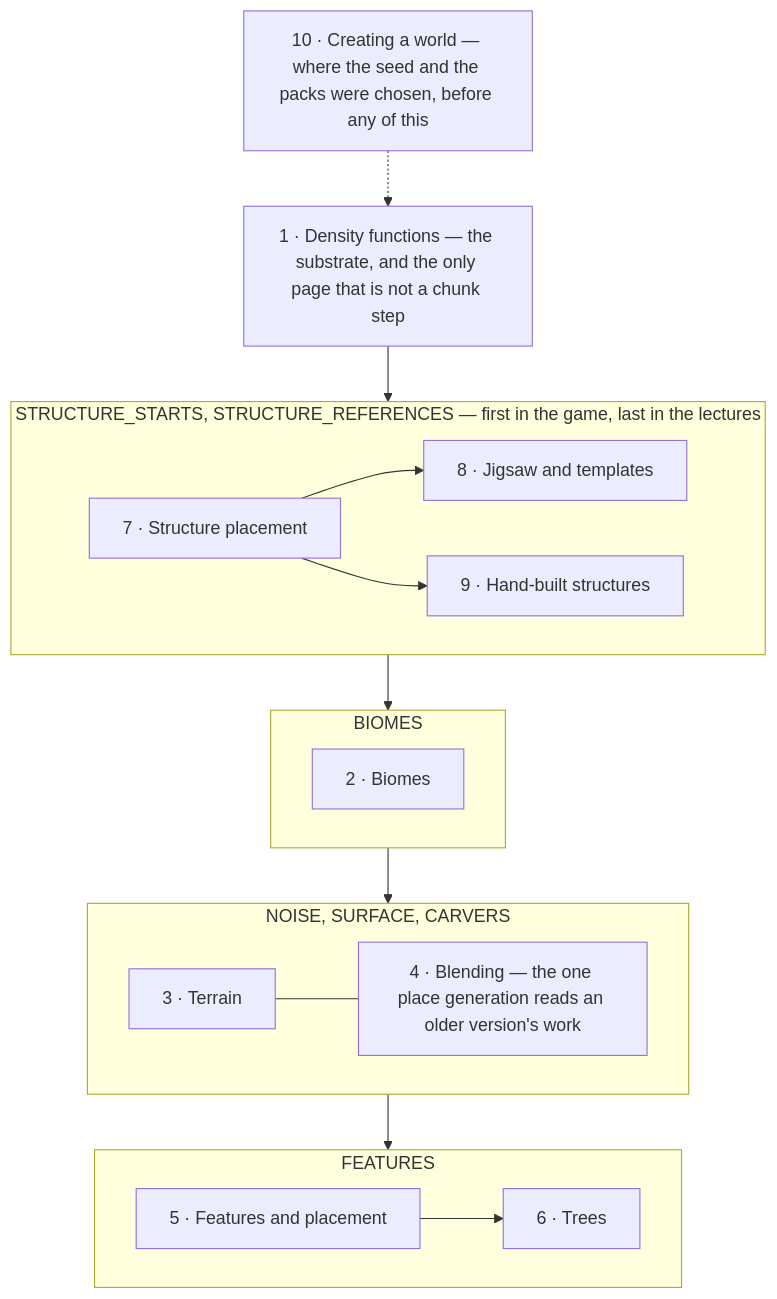
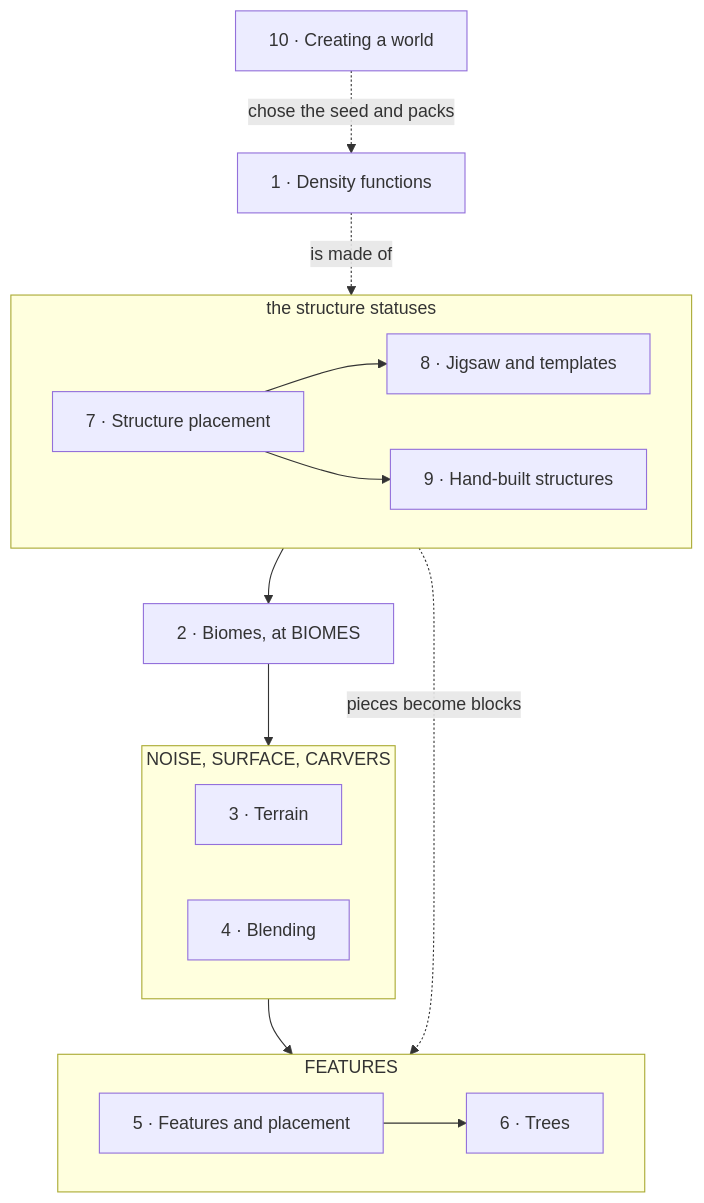
One commit to AlexanderjFraser/MinecraftDocs changed the diagram in src/systems/worldgen/README.md. Above: the diagram before and after it, drawn with Mermaid. The commit also changed other lines of this file and 16 other files, not shown here.

First line of the commit message:
pass 7, session L — Part XII: a figure that contradicted its page's own hook, twice, and the caller's method at the callee in a tenth part of ten

````diff
--- a/src/systems/worldgen/README.md
+++ b/src/systems/worldgen/README.md
@@ -48,25 +49,20 @@
 ```mermaid
-flowchart TB
-    CW["10 · Creating a world — where the seed and the packs were chosen, before any of this"]
-    CW -.-> DF
-    DF["1 · Density functions — the substrate, and the only page that is not a chunk step"]
-    DF --> SS
-    subgraph SS["STRUCTURE_STARTS, STRUCTURE_REFERENCES — first in the game, last in the lectures"]
-        direction LR
-        S6["7 · Structure placement"] --> S7["8 · Jigsaw and templates"]
-        S6 --> S8["9 · Hand-built structures"]
+flowchart TD
+    CW["10 · Creating a world"] -.->|"chose the seed and packs"| DF["1 · Density functions"]
+    DF -.->|"is made of"| SS
+    subgraph SS["the structure statuses"]
+        S7["7 · Structure placement"] --> S8["8 · Jigsaw and templates"]
+        S7 --> S9["9 · Hand-built structures"]
     end
-    SS --> BI
-    subgraph BI["BIOMES"]
-        L2["2 · Biomes"]
-    end
-    BI --> NO
+    SS --> L2["2 · Biomes, at BIOMES"]
+    L2 --> NO
     subgraph NO["NOISE, SURFACE, CARVERS"]
-        L3["3 · Terrain"] --- L3b["4 · Blending — the one place generation reads an older version's work"]
+        L3["3 · Terrain"]
+        L4["4 · Blending"]
     end
     NO --> FE
     subgraph FE["FEATURES"]
-        direction LR
-        L4["5 · Features and placement"] --> L5["6 · Trees"]
+        L5["5 · Features and placement"] --> L6["6 · Trees"]
     end
+    SS -.->|"pieces become blocks"| FE
 ```
````
